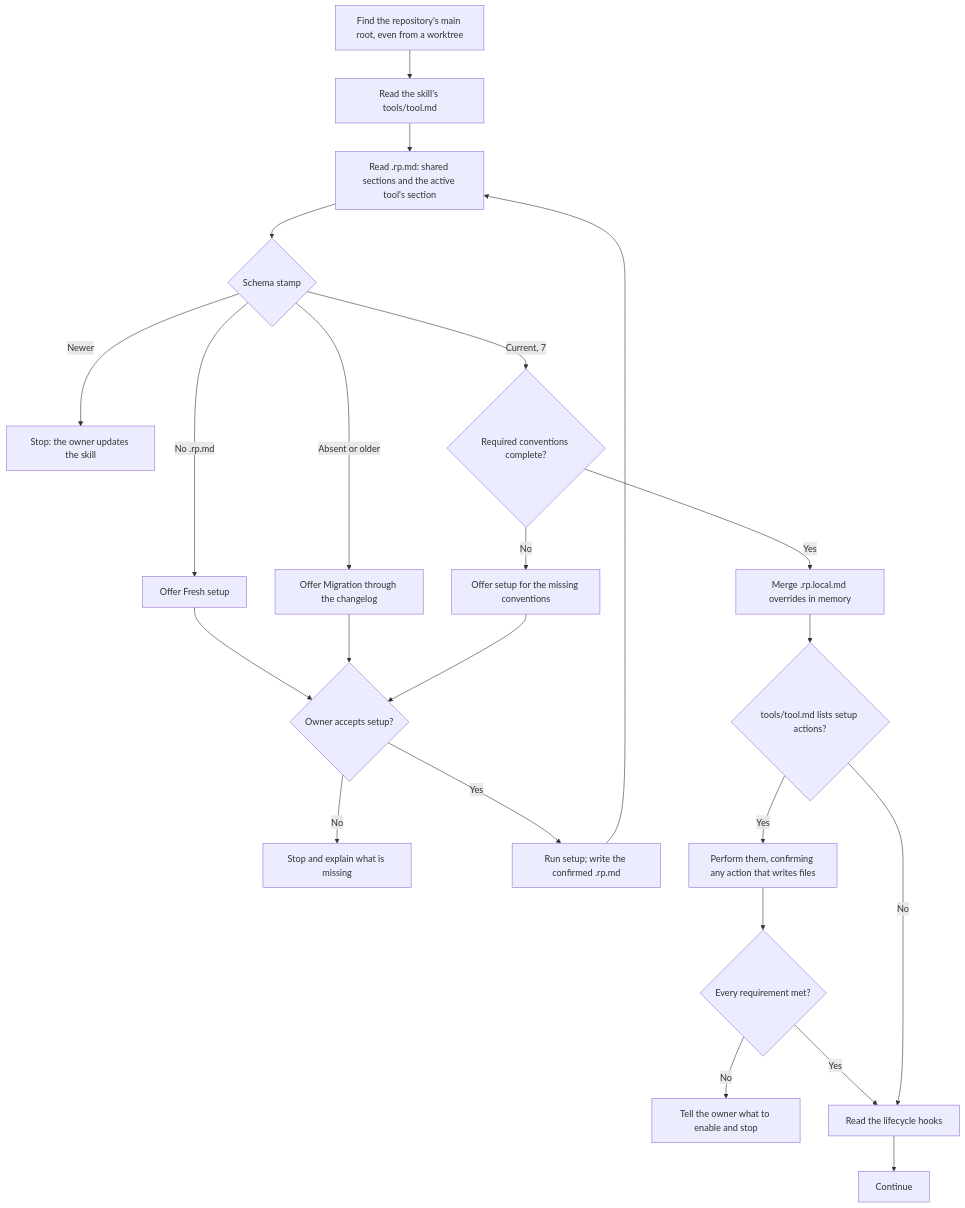
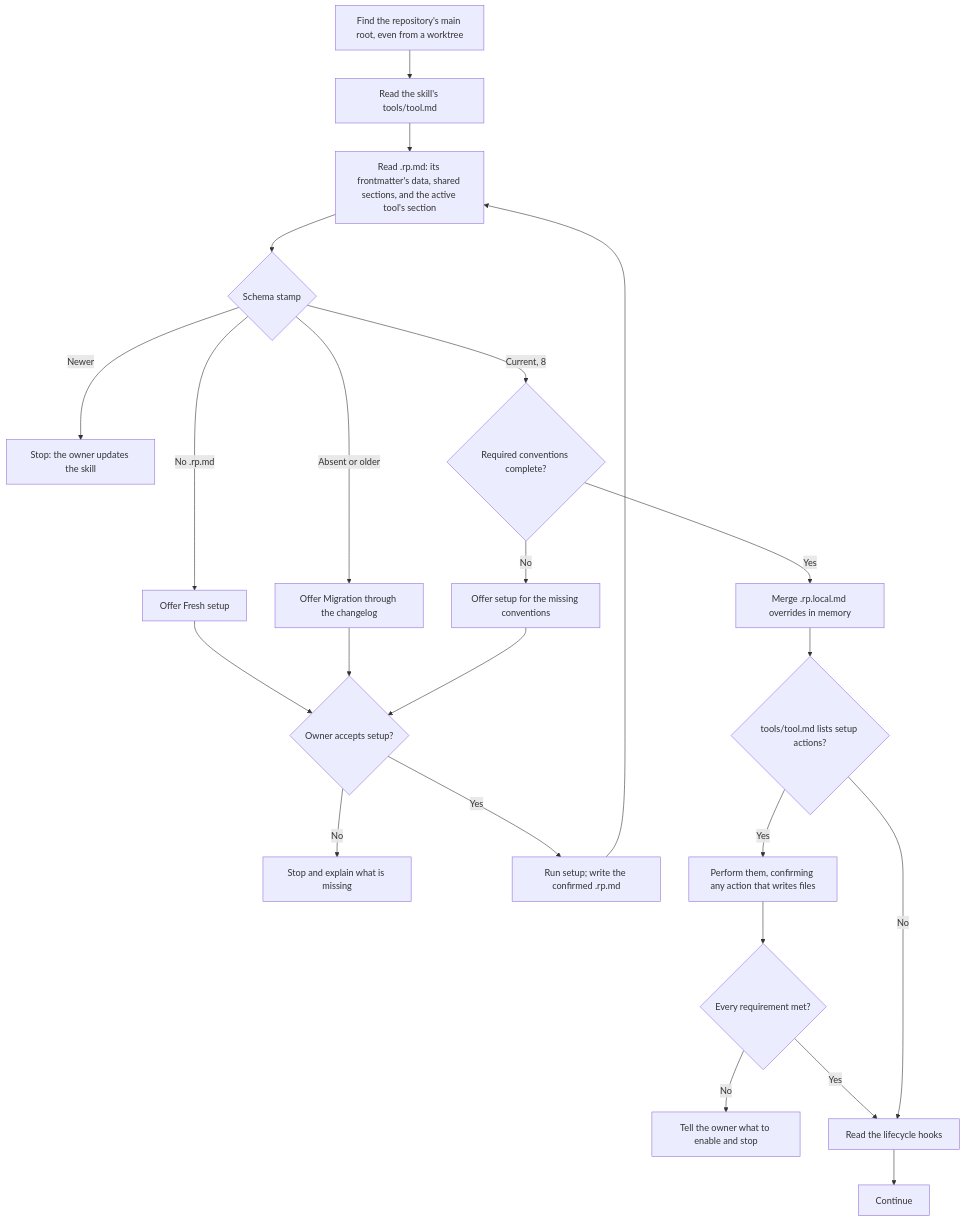
Before and after one commit to Automattic/radical-pipelines: the diagram in docs/flowcharts/load-conventions.md, drawn with Mermaid. The commit also changed 7 other files, not shown here.

Commit message:
Document conventions as data and rp assign (implementer)

````diff
--- a/docs/flowcharts/load-conventions.md
+++ b/docs/flowcharts/load-conventions.md
@@ -5,25 +5,25 @@
 ```mermaid
 flowchart TD
     A["Find the repository's main root, even from a worktree"] --> B["Read the skill's tools/tool.md"]
-    B --> C["Read .rp.md: shared sections and the active tool's section"]
+    B --> C["Read .rp.md: its frontmatter's data, shared sections, and the active tool's section"]
     C --> H{"Schema stamp"}
     H -->|No .rp.md| I["Offer Fresh setup"]
     H -->|Absent or older| J["Offer Migration through the changelog"]
     H -->|Newer| L["Stop: the owner updates the skill"]
-    H -->|Current, 7| K{"Required conventions complete?"}
+    H -->|Current, 8| K{"Required conventions complete?"}
     I --> M{"Owner accepts setup?"}
     J --> M
     K -->|No| N["Offer setup for the missing conventions"]
     N --> M
     M -->|No| STOP["Stop and explain what is missing"]
     M -->|Yes| SETUP["Run setup; write the confirmed .rp.md"]
     SETUP --> C
     K -->|Yes| G["Merge .rp.local.md overrides in memory"]
     G --> T{"tools/tool.md lists setup actions?"}
     T -->|Yes| TA["Perform them, confirming any action that writes files"]
     TA --> TR{"Every requirement met?"}
     TR -->|No| TSTOP["Tell the owner what to enable and stop"]
     TR -->|Yes| P
     T -->|No| P["Read the lifecycle hooks"]
     P --> Q["Continue"]
 ```
````
